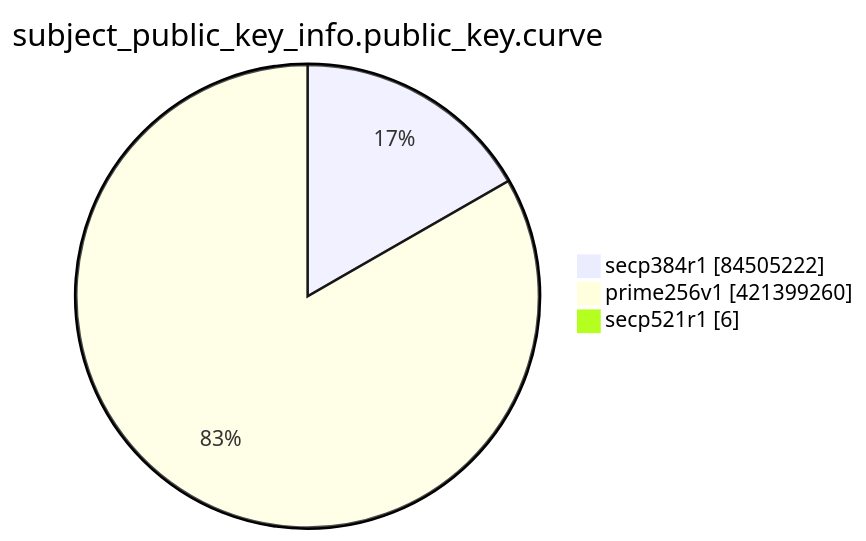
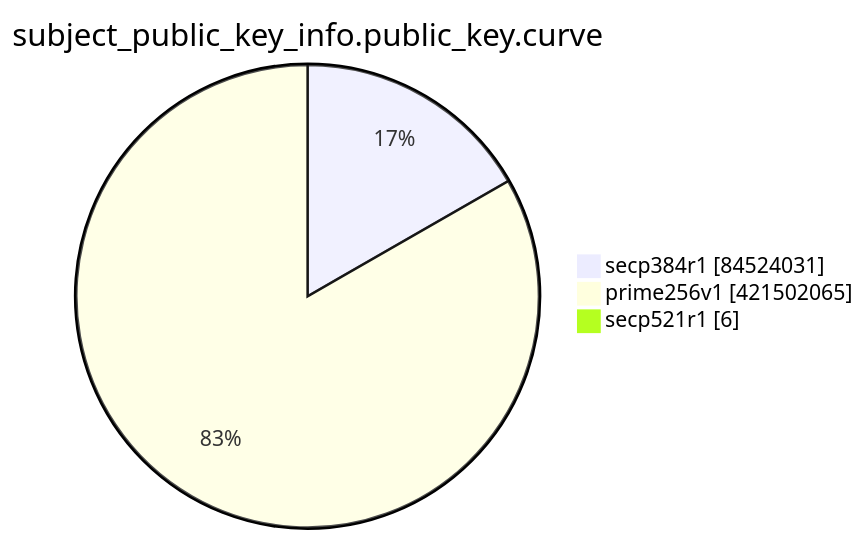
One commit to christiankrug/ctmonitor_visualization changed the eighth of 15 diagrams in TOTAL/README.md. Above: the diagram before and after it, drawn with Mermaid. The commit also changed other lines of this file, not shown here.

````diff
--- a/TOTAL/README.md
+++ b/TOTAL/README.md
@@ -3099,7 +3099,7 @@
 ```mermaid
 pie showData
 title subject_public_key_info.public_key.curve
-"secp384r1" :84505222
-"prime256v1" :421399260
+"secp384r1" :84524031
+"prime256v1" :421502065
 "secp521r1" :6
 ```
````
